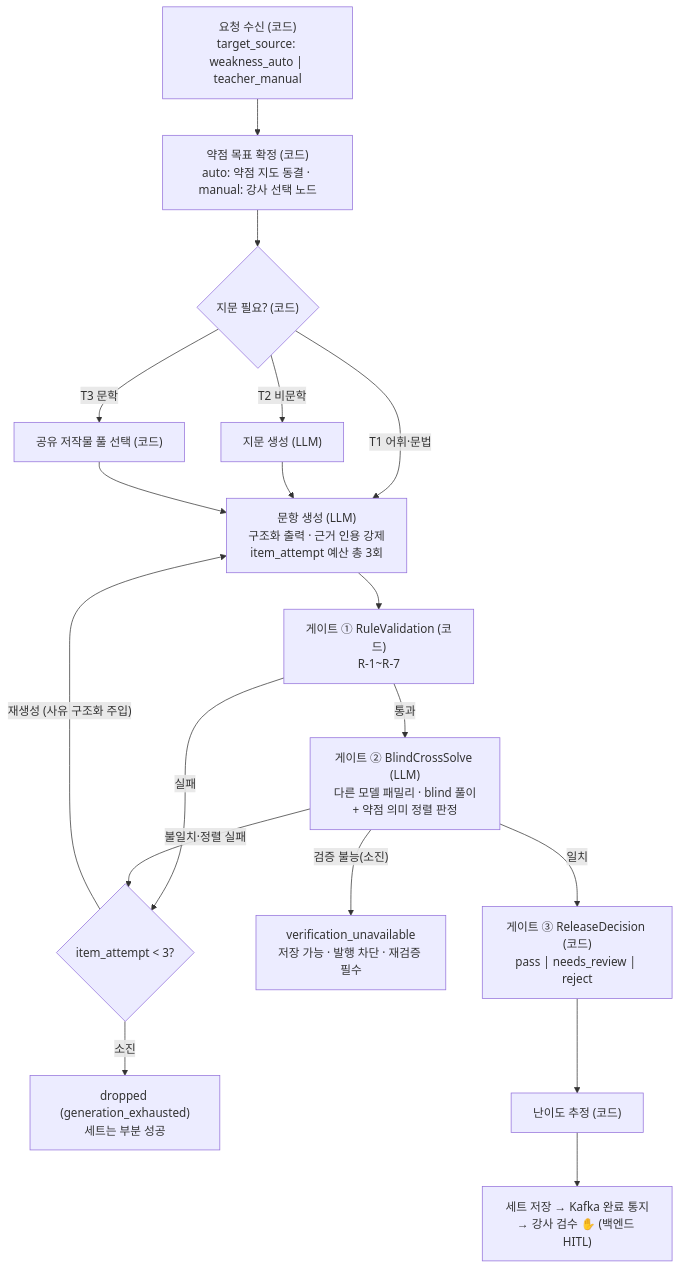
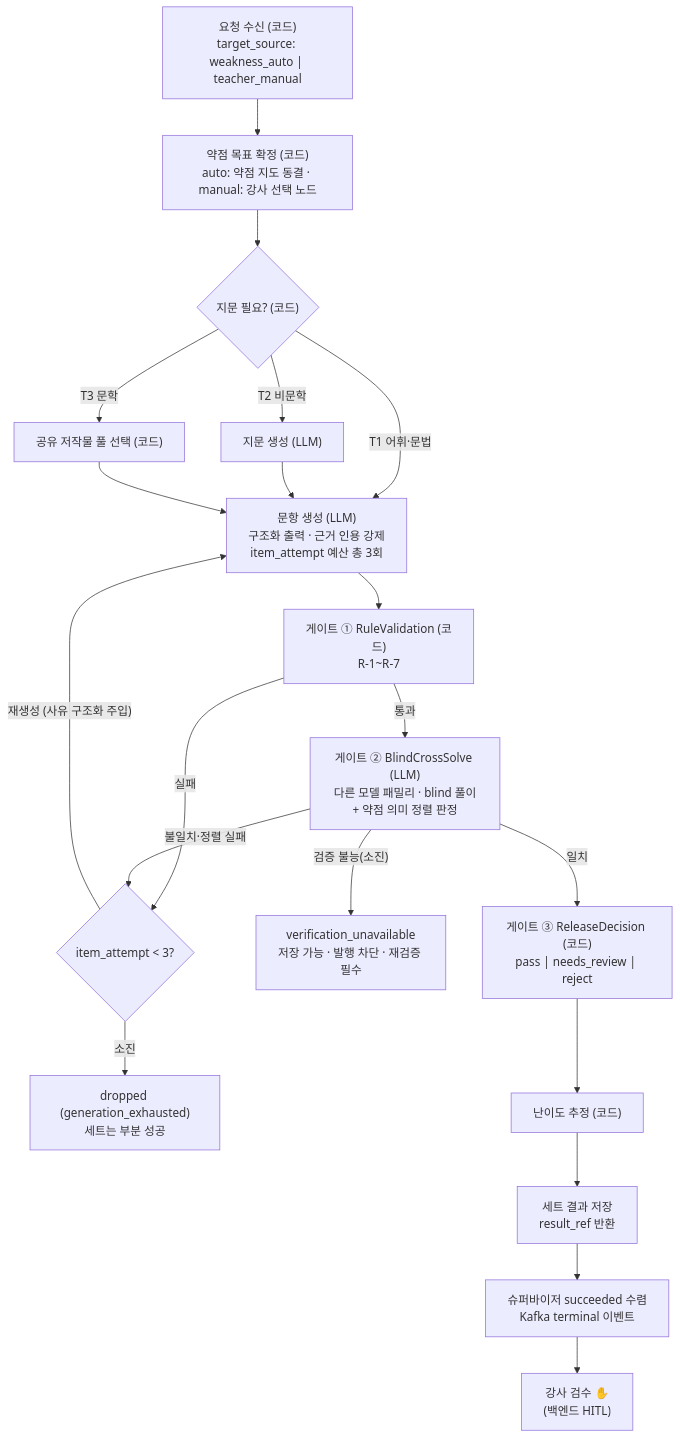
One commit to MTVS5-CheckOn/CheckOn-AI changed the third of 4 diagrams in docs/part_b/01_pipeline.md. Above: the diagram before and after it, drawn with Mermaid. The commit also changed other lines of this file and 45 other files, not shown here.

````diff
--- a/docs/part_b/01_pipeline.md
+++ b/docs/part_b/01_pipeline.md
@@ -60,20 +62,22 @@
 ```mermaid
 flowchart TB
   req["요청 수신 (코드)<br/>target_source: weakness_auto | teacher_manual"] --> wm["약점 목표 확정 (코드)<br/>auto: 약점 지도 동결 · manual: 강사 선택 노드"]
   wm --> br{"지문 필요? (코드)"}
   br -->|"T1 어휘·문법"| gen
   br -->|"T2 비문학"| ps["지문 생성 (LLM)"]
   br -->|"T3 문학"| pool["공유 저작물 풀 선택 (코드)"]
   ps --> gen["문항 생성 (LLM)<br/>구조화 출력 · 근거 인용 강제<br/>item_attempt 예산 총 3회"]
   pool --> gen
   gen --> v1["게이트 ① RuleValidation (코드)<br/>R-1~R-7"]
   v1 -->|"실패"| retry{"item_attempt < 3?"}
   retry -->|"재생성 (사유 구조화 주입)"| gen
   retry -->|"소진"| drop["dropped (generation_exhausted)<br/>세트는 부분 성공"]
   v1 -->|"통과"| v2["게이트 ② BlindCrossSolve (LLM)<br/>다른 모델 패밀리 · blind 풀이<br/>+ 약점 의미 정렬 판정"]
   v2 -->|"불일치·정렬 실패"| retry
   v2 -->|"검증 불능(소진)"| blocked["verification_unavailable<br/>저장 가능 · 발행 차단 · 재검증 필수"]
   v2 -->|"일치"| v3["게이트 ③ ReleaseDecision (코드)<br/>pass | needs_review | reject"]
   v3 --> diff["난이도 추정 (코드)"]
-  diff --> save["세트 저장 → Kafka 완료 통지<br/>→ 강사 검수 ✋ (백엔드 HITL)"]
+  diff --> save["세트 결과 저장<br/>result_ref 반환"]
+  save --> terminal["슈퍼바이저 succeeded 수렴<br/>Kafka terminal 이벤트"]
+  terminal --> hitl["강사 검수 ✋<br/>(백엔드 HITL)"]
 ```
````
